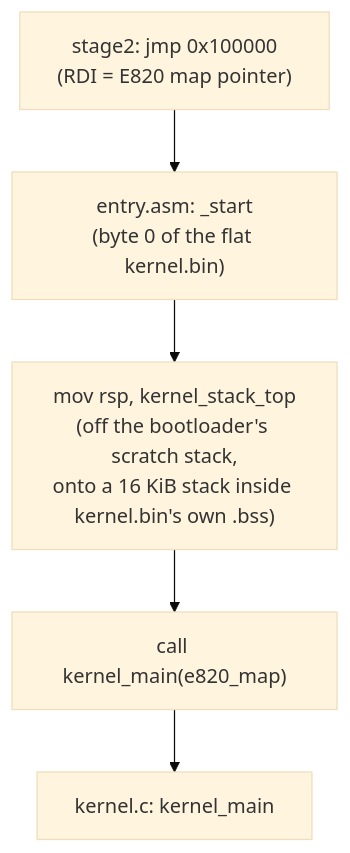
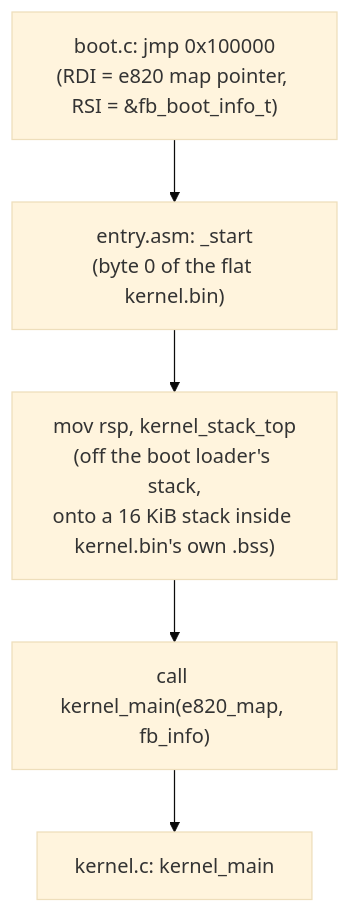
The third of 6 diagrams in docs/flow.md (Jiajianou/lean_os), drawn with Mermaid (base theme) before and after one commit. The commit also changed other lines of this file and 28 other files, not shown here.

````diff
--- a/docs/flow.md
+++ b/docs/flow.md
@@ -218,7 +185,7 @@
 ```mermaid
 flowchart TD
-    A["stage2: jmp 0x100000\n(RDI = E820 map pointer)"] --> B["entry.asm: _start\n(byte 0 of the flat kernel.bin)"]
-    B --> C["mov rsp, kernel_stack_top\n(off the bootloader's scratch stack,\nonto a 16 KiB stack inside kernel.bin's own .bss)"]
-    C --> D["call kernel_main(e820_map)"]
+    A["boot.c: jmp 0x100000\n(RDI = e820 map pointer, RSI = &fb_boot_info_t)"] --> B["entry.asm: _start\n(byte 0 of the flat kernel.bin)"]
+    B --> C["mov rsp, kernel_stack_top\n(off the boot loader's stack,\nonto a 16 KiB stack inside kernel.bin's own .bss)"]
+    C --> D["call kernel_main(e820_map, fb_info)"]
     D --> E["kernel.c: kernel_main"]
 ```
````
